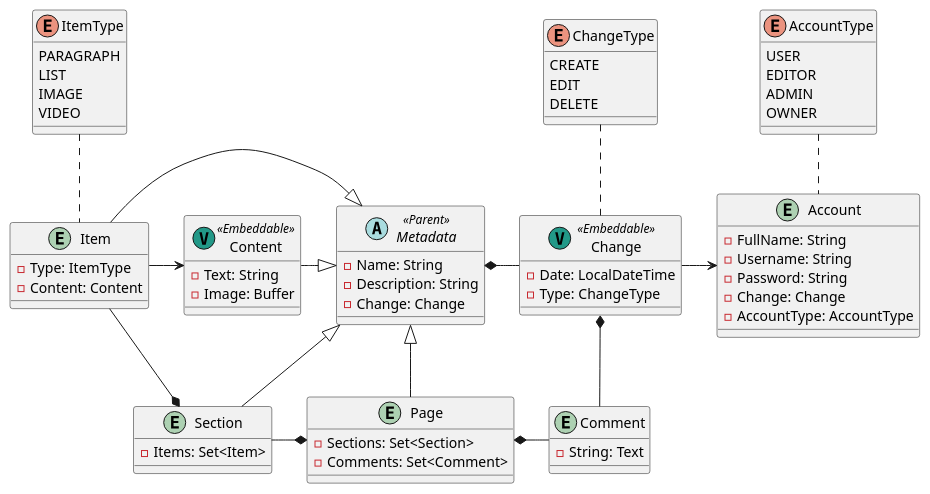
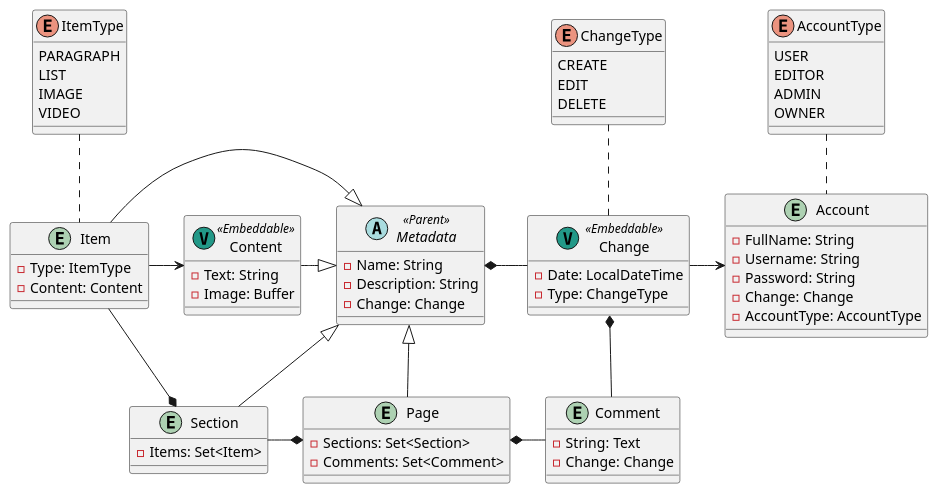
The diagram in src/main/plantuml/5. Main - Production.puml (LouisFerro/HFW-HighlyFunctionalWiki), drawn with PlantUML before and after one commit. The commit also changed 1 other file, not shown here.

Commit message:
Added Change attribute to Comment in concept UML. Added formatting for Spring generated SQL queries for better testing.

```diff
--- a/src/main/plantuml/5. Main - Production.puml
+++ b/src/main/plantuml/5. Main - Production.puml
@@ -1,98 +1,99 @@
 @startuml
 'https://plantuml.com/class-diagram'
 
 abstract class Metadata <<Parent>>
 {
     - Name: String
     - Description: String
     - Change: Change
 }
 
 entity Page
 {
     - Sections: Set<Section>
     - Comments: Set<Comment>
 }
 
 entity Section
 {
     - Items: Set<Item>
 }
 
 entity Item
 {
     - Type: ItemType
     - Content: Content
 }
 
 enum ItemType
 {
     PARAGRAPH
     LIST
     IMAGE
     VIDEO
 }
 
 entity Content <<(V, #229988)Embeddable>>
 {
     - Text: String
     - Image: Buffer
 }
 
 entity Comment
 {
     - String: Text
+    - Change: Change
 }
 
 entity Account
 {
     - FullName: String
     - Username: String
     - Password: String
     - Change: Change
     - AccountType: AccountType
 }
 
 enum AccountType
 {
     USER
     EDITOR
     ADMIN
     OWNER
 }
 
 entity Change <<(V, #229988)Embeddable>>
 {
     - Date: LocalDateTime
     - Type: ChangeType
 }
 
 enum ChangeType
 {
     CREATE
     EDIT
     DELETE
 }
 
 Page -up-|> Metadata
 
 Section -up-|> Metadata
 Section -right-* Page
 
 Item -right-|> Metadata
 Item -down-* Section
 Item -right-> Content
 Item .up. ItemType
 
 Content -right-|> Metadata
 
 Comment -up-* Change
 Comment -left-* Page
 
 Change -left-* Metadata
 Change -right-> Account
 Change .up. ChangeType
 
 Account .up. AccountType
 
 @enduml
```
